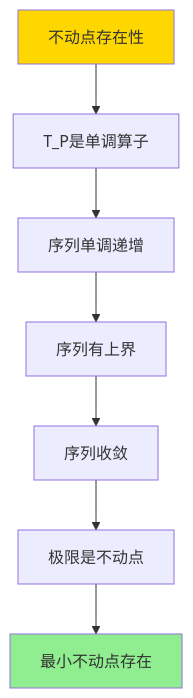
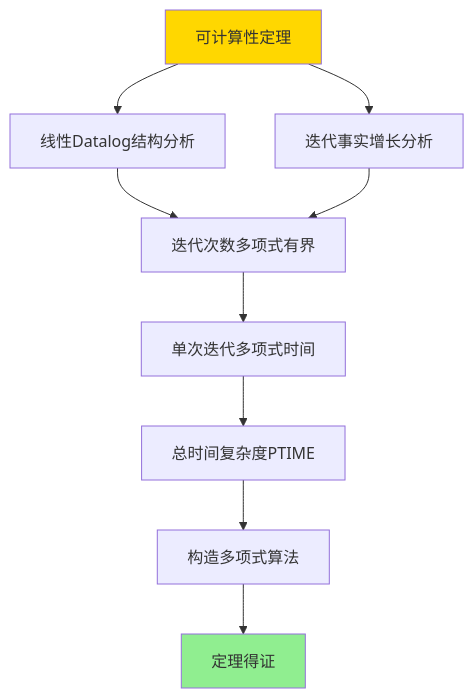
Before and after one commit to AdaMartin18010/PostgreSQL_modern: the sixth of 6 diagrams in PostgreSQL/10-理论基础/08-查询语言与语义/08.05-Datalog与递归查询-不动点语义与可计算性.md, drawn with Mermaid. The commit also changed other lines of this file and 80 other files, not shown here.

````diff
--- a/PostgreSQL/10-理论基础/08-查询语言与语义/08.05-Datalog与递归查询-不动点语义与可计算性.md
+++ b/PostgreSQL/10-理论基础/08-查询语言与语义/08.05-Datalog与递归查询-不动点语义与可计算性.md
@@ -266,12 +441,14 @@
 ```mermaid
 graph TD
-    A[不动点存在性] --> B[T_P是单调算子]
-    B --> C[序列单调递增]
-    C --> D[序列有上界]
-    D --> E[序列收敛]
-    E --> F[极限是不动点]
-    F --> G[最小不动点存在]
+    A[可计算性定理] --> B[线性Datalog结构分析]
+    A --> C[迭代事实增长分析]
+    B --> D[迭代次数多项式有界]
+    C --> D
+    D --> E[单次迭代多项式时间]
+    E --> F[总时间复杂度PTIME]
+    F --> G[构造多项式算法]
+    G --> H[定理得证]
 
     style A fill:#FFD700
-    style G fill:#90EE90
+    style H fill:#90EE90
 ```
````
